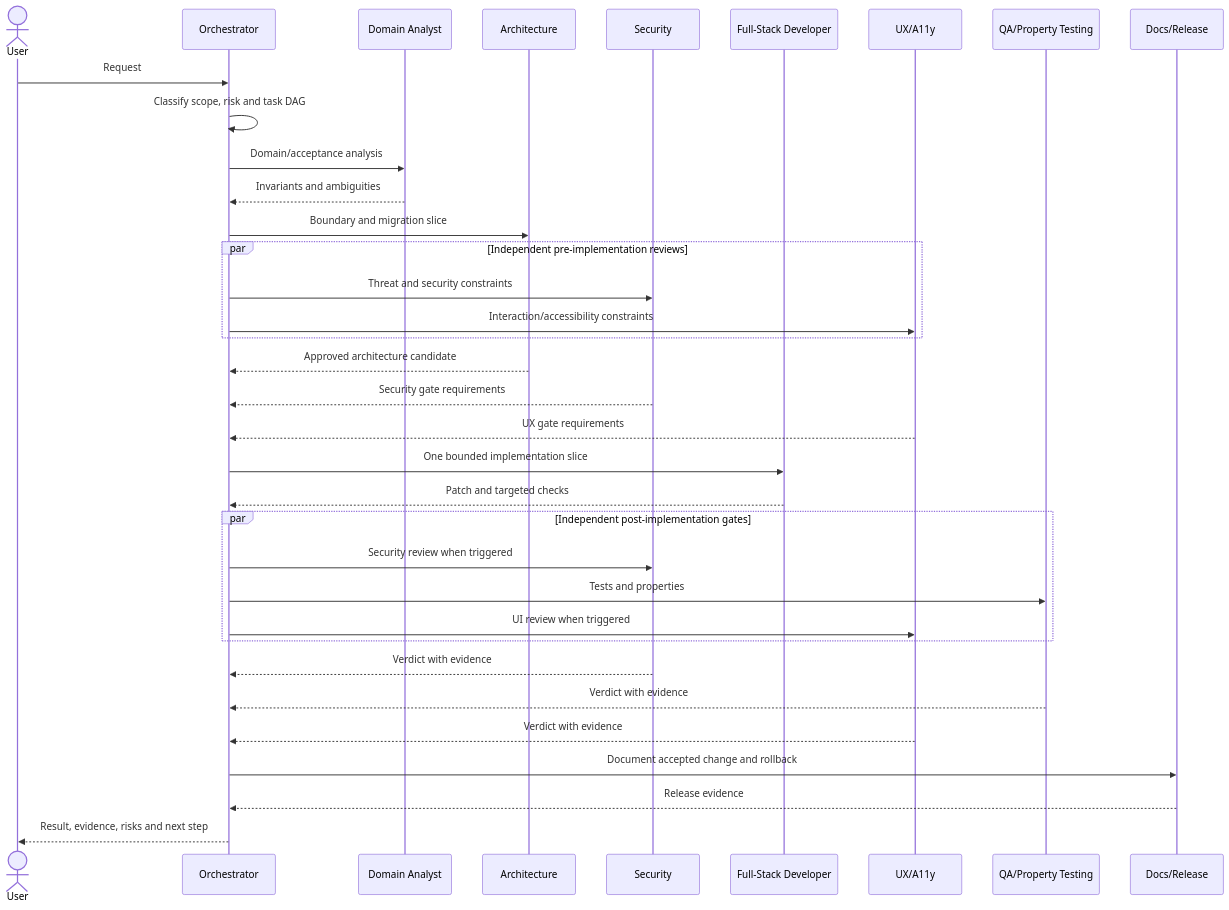
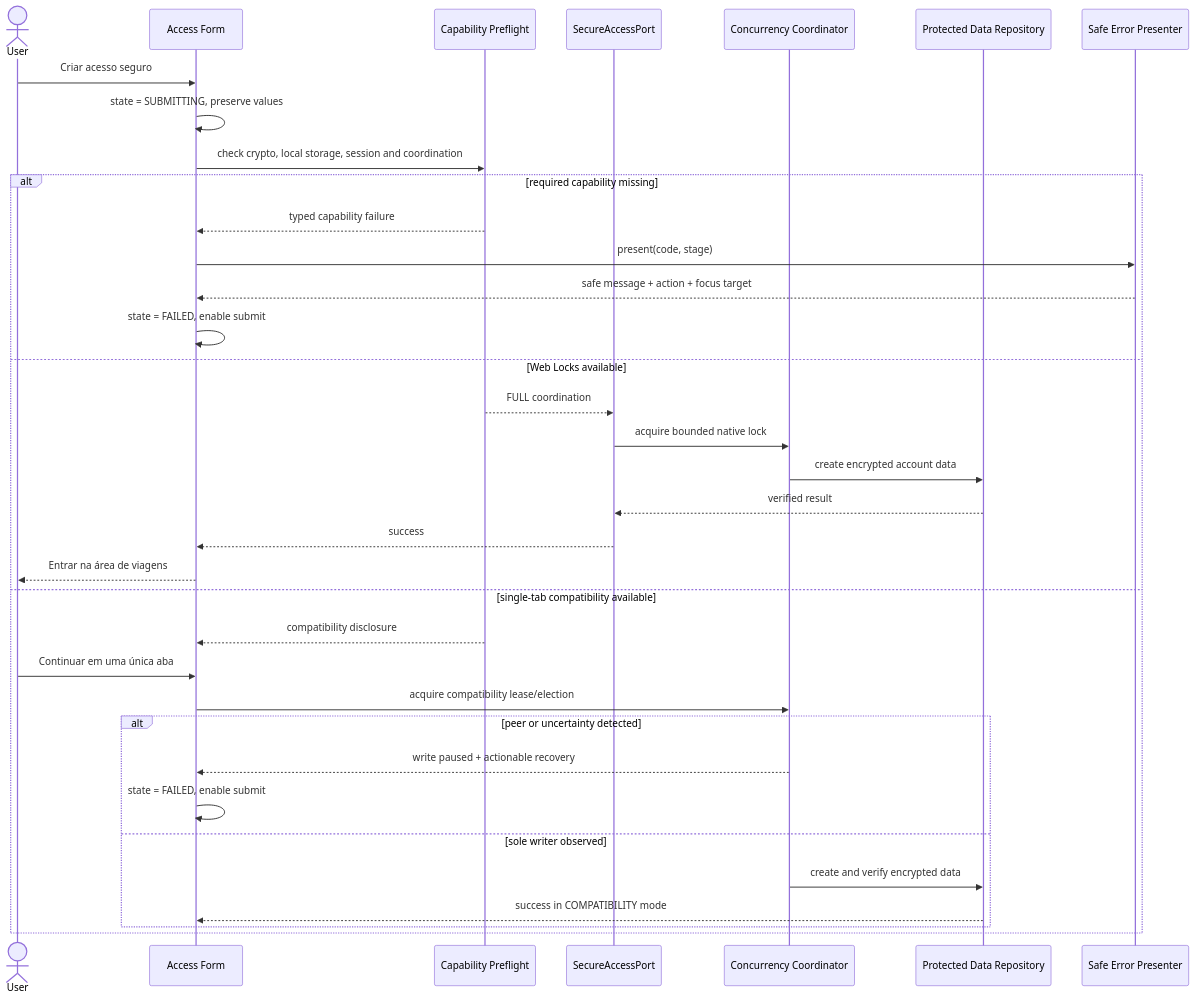
The fourth of 15 diagrams in .kiro/specs/multi-agent-code-architecture/design.md (Tiago-D-Nocce/PlannerDuoUAT), drawn with Mermaid before and after one commit. The commit also changed other lines of this file and 1 other file, not shown here.

````diff
--- a/.kiro/specs/multi-agent-code-architecture/design.md
+++ b/.kiro/specs/multi-agent-code-architecture/design.md
@@ -355,38 +278,38 @@
 ```mermaid
 sequenceDiagram
     actor User
-    participant O as Orchestrator
-    participant A as Domain Analyst
-    participant R as Architecture
-    participant S as Security
-    participant D as Full-Stack Developer
-    participant U as UX/A11y
-    participant Q as QA/Property Testing
-    participant Doc as Docs/Release
+    participant UI as Access Form
+    participant P as Capability Preflight
+    participant A as SecureAccessPort
+    participant C as Concurrency Coordinator
+    participant R as Protected Data Repository
+    participant E as Safe Error Presenter
 
-    User->>O: Request
-    O->>O: Classify scope, risk and task DAG
-    O->>A: Domain/acceptance analysis
-    A-->>O: Invariants and ambiguities
-    O->>R: Boundary and migration slice
-    par Independent pre-implementation reviews
-        O->>S: Threat and security constraints
-        O->>U: Interaction/accessibility constraints
+    User->>UI: Criar acesso seguro
+    UI->>UI: state = SUBMITTING, preserve values
+    UI->>P: check crypto, local storage, session and coordination
+    alt required capability missing
+        P-->>UI: typed capability failure
+        UI->>E: present(code, stage)
+        E-->>UI: safe message + action + focus target
+        UI->>UI: state = FAILED, enable submit
+    else Web Locks available
+        P-->>A: FULL coordination
+        A->>C: acquire bounded native lock
+        C->>R: create encrypted account data
+        R-->>A: verified result
+        A-->>UI: success
+        UI-->>User: Entrar na área de viagens
+    else single-tab compatibility available
+        P-->>UI: compatibility disclosure
+        User->>UI: Continuar em uma única aba
+        UI->>C: acquire compatibility lease/election
+        alt peer or uncertainty detected
+            C-->>UI: write paused + actionable recovery
+            UI->>UI: state = FAILED, enable submit
+        else sole writer observed
+            C->>R: create and verify encrypted data
+            R-->>UI: success in COMPATIBILITY mode
+        end
     end
-    R-->>O: Approved architecture candidate
-    S-->>O: Security gate requirements
-    U-->>O: UX gate requirements
-    O->>D: One bounded implementation slice
-    D-->>O: Patch and targeted checks
-    par Independent post-implementation gates
-        O->>S: Security review when triggered
-        O->>Q: Tests and properties
-        O->>U: UI review when triggered
-    end
-    S-->>O: Verdict with evidence
-    Q-->>O: Verdict with evidence
-    U-->>O: Verdict with evidence
-    O->>Doc: Document accepted change and rollback
-    Doc-->>O: Release evidence
-    O-->>User: Result, evidence, risks and next step
 ```
````
